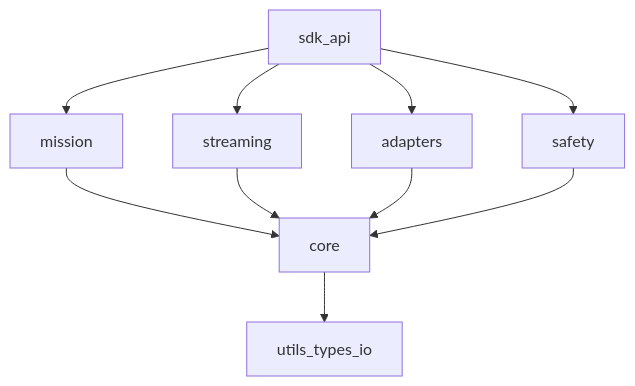
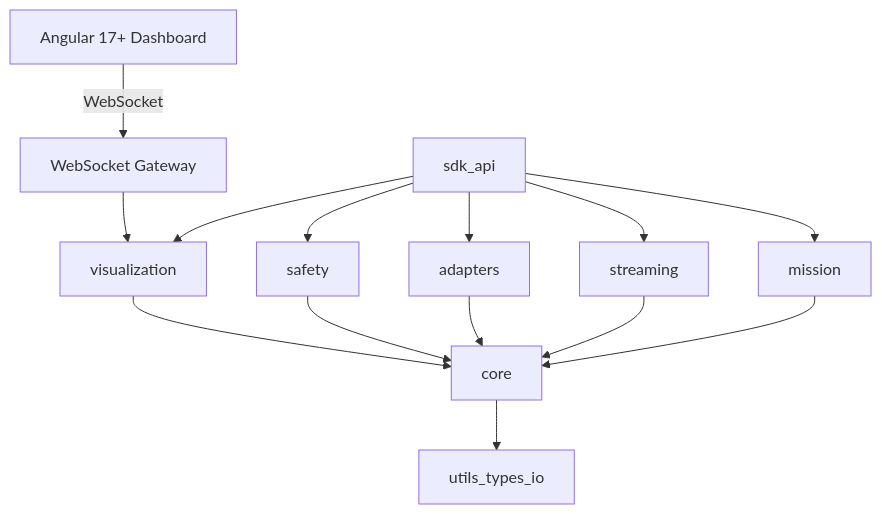
Before and after one commit to amerghazal7/AxonVex: the diagram in docs/architecture_and_design.md, drawn with Mermaid. The commit also changed other lines of this file and 52 other files, not shown here.

````diff
--- a/docs/architecture_and_design.md
+++ b/docs/architecture_and_design.md
@@ -19,20 +21,27 @@
 ```mermaid
 flowchart TD
+    dashboard[Angular 17+ Dashboard]
+    wsGateway[WebSocket Gateway]
     sdkApi[sdk_api]
     mission[mission]
     streaming[streaming]
     adapters[adapters]
     safety[safety]
+    visualization[visualization]
     core[core]
     utils[utils_types_io]
 
+    dashboard -->|WebSocket| wsGateway
+    wsGateway --> visualization
     sdkApi --> mission
     sdkApi --> streaming
     sdkApi --> adapters
     sdkApi --> safety
+    sdkApi --> visualization
     mission --> core
     streaming --> core
     adapters --> core
     safety --> core
+    visualization --> core
     core --> utils
 ```
````
